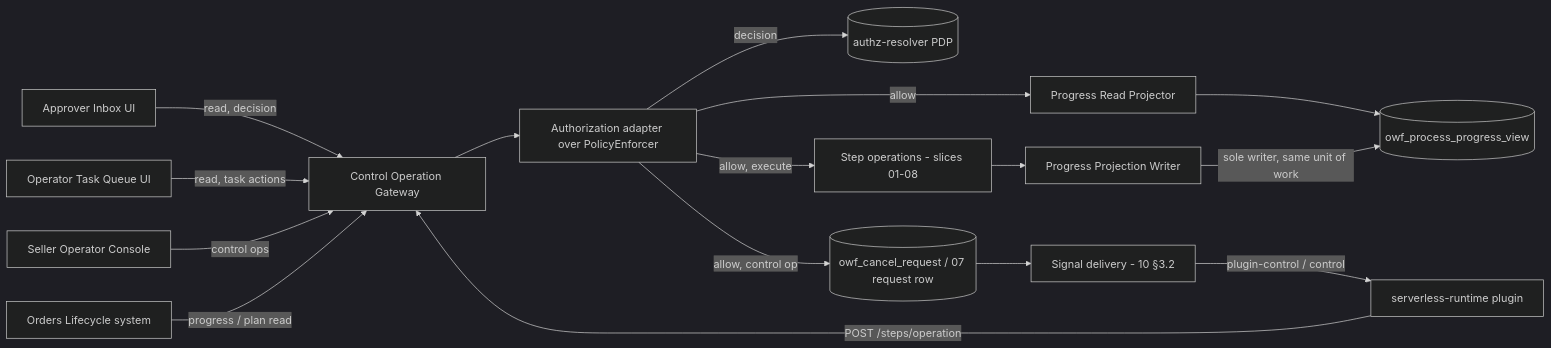
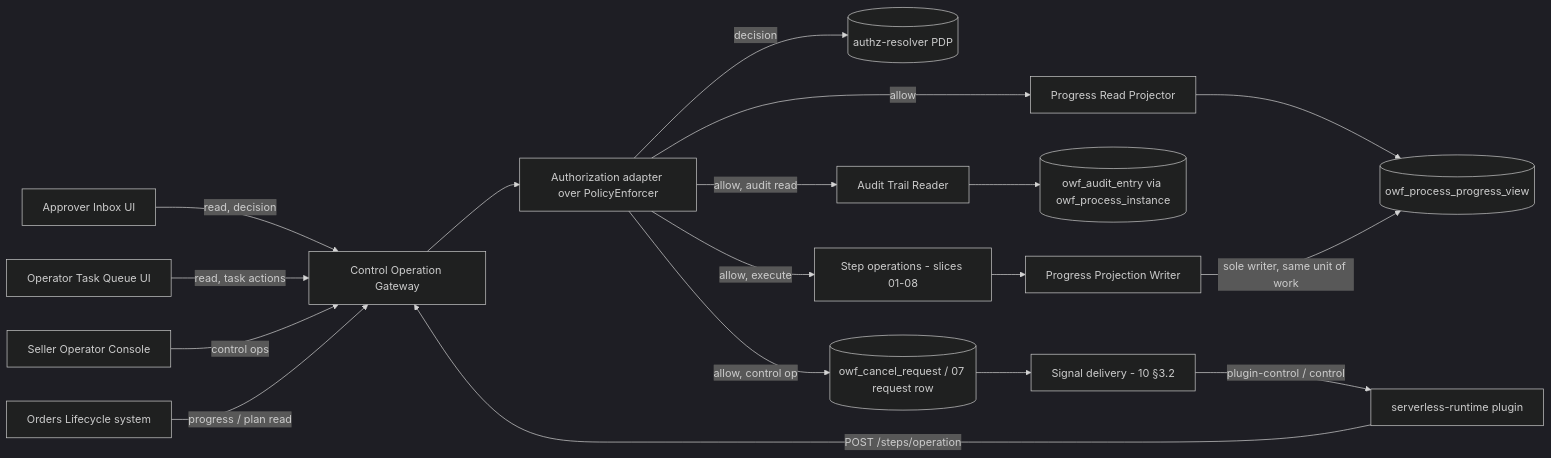
One commit to constructorfabric/gears-rust changed the first of 5 diagrams in gears/bss/orders-workflow/docs/design/09-read-and-authz.md. Above: the diagram before and after it, drawn with Mermaid (dark theme). The commit also changed other lines of this file and 7 other files, not shown here.

````diff
--- a/gears/bss/orders-workflow/docs/design/09-read-and-authz.md
+++ b/gears/bss/orders-workflow/docs/design/09-read-and-authz.md
@@ -498,18 +501,20 @@
 ```mermaid
 graph LR
     A[Approver Inbox UI] -->|read, decision| G[Control Operation Gateway]
     B[Operator Task Queue UI] -->|read, task actions| G
     C[Seller Operator Console] -->|control ops| G
     D[Orders Lifecycle system] -->|progress / plan read| G
     R[serverless-runtime plugin] -->|POST /steps/operation| G
     G --> H[Authorization adapter over PolicyEnforcer]
     H -->|decision| P[(authz-resolver PDP)]
     H -->|allow| I[Progress Read Projector]
+    H -->|allow, audit read| U[Audit Trail Reader]
+    U --> V[(owf_audit_entry via owf_process_instance)]
     H -->|allow, execute| J[Step operations - slices 01-08]
     H -->|allow, control op| Q[(owf_cancel_request / 07 request row)]
     Q --> S[Signal delivery - 10 §3.2]
     S -->|plugin-control / control| R
     I --> K[(owf_process_progress_view)]
     J --> W[Progress Projection Writer]
     W -->|sole writer, same unit of work| K
 ```
````
